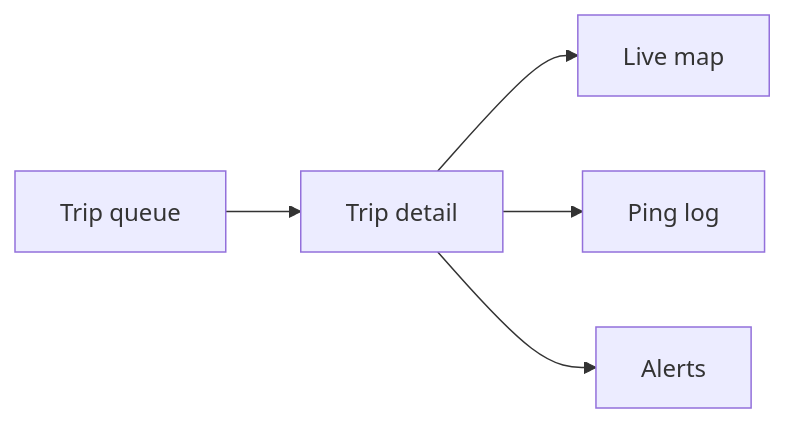
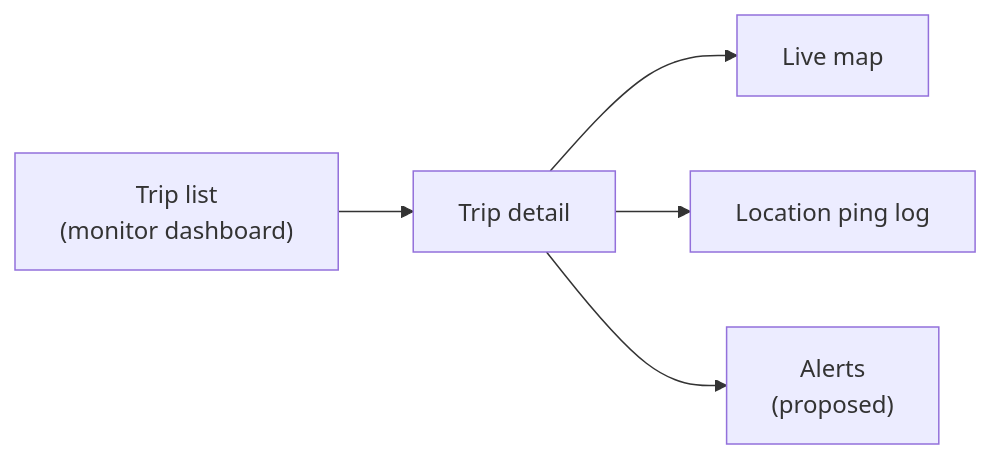
Before and after one commit to hiteshpachpor/awr-vehicle-logistics: the fourth of 11 diagrams in docs/deliverable-2-presentation-content.md, drawn with Mermaid. The commit also changed other lines of this file and 2 other files, not shown here.

````diff
--- a/docs/deliverable-2-presentation-content.md
+++ b/docs/deliverable-2-presentation-content.md
@@ -145,7 +128,7 @@
 ```mermaid
 flowchart LR
-  Q[Trip queue] --> D[Trip detail]
-  D --> M[Live map]
-  D --> L[Ping log]
-  D --> A[Alerts]
+  Q["Trip list<br/>(monitor dashboard)"] --> D["Trip detail"]
+  D --> M["Live map"]
+  D --> L["Location ping log"]
+  D --> A["Alerts<br/>(proposed)"]
 ```
````
